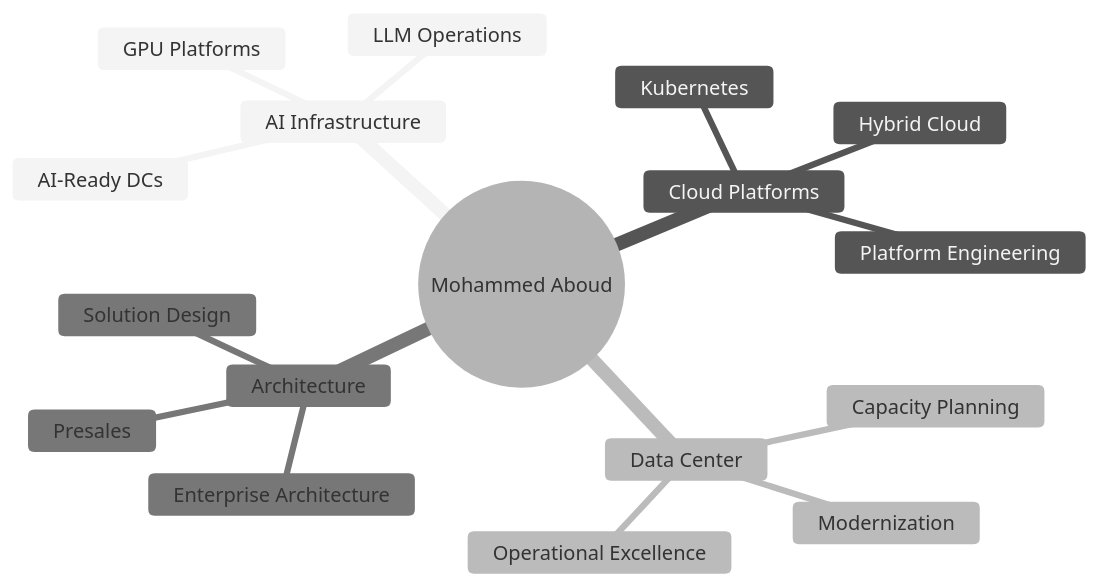
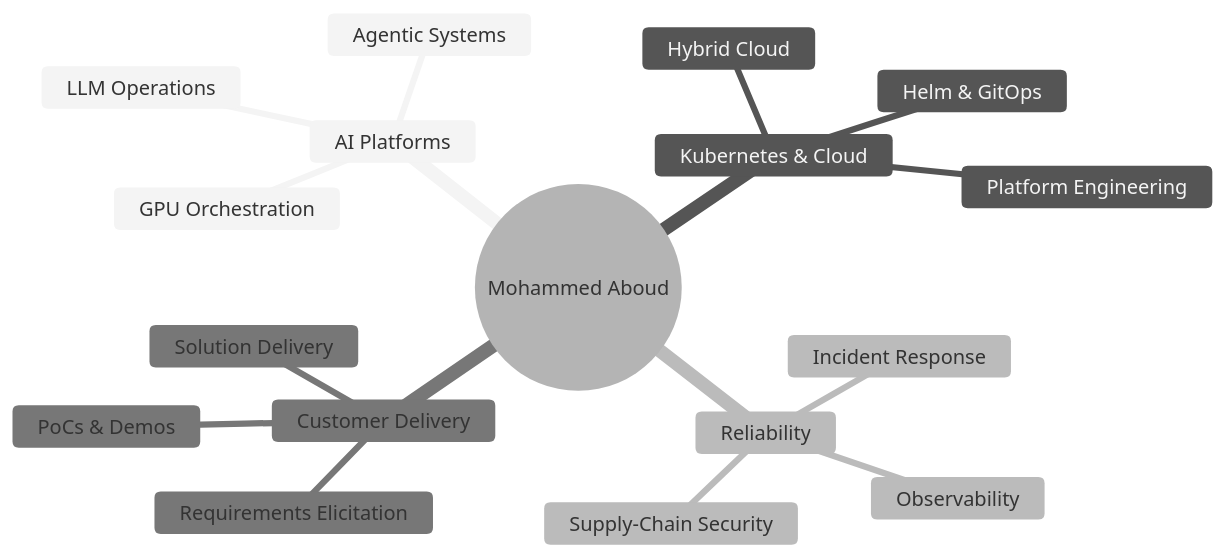
One commit to m-aboud/m-aboud changed the diagram in README.md. Above: the diagram before and after it, drawn with Mermaid (neutral theme). The commit also changed other lines of this file, not shown here.

````diff
--- a/README.md
+++ b/README.md
@@ -160,20 +141,20 @@
 ```mermaid
 mindmap
   root((Mohammed Aboud))
-    AI Infrastructure
-      GPU Platforms
+    AI Platforms
       LLM Operations
-      AI-Ready DCs
-    Cloud Platforms
+      Agentic Systems
+      GPU Orchestration
+    Kubernetes & Cloud
+      Helm & GitOps
       Hybrid Cloud
-      Kubernetes
       Platform Engineering
-    Data Center
-      Modernization
-      Capacity Planning
-      Operational Excellence
-    Architecture
-      Solution Design
-      Presales
-      Enterprise Architecture
+    Reliability
+      Observability
+      Supply-Chain Security
+      Incident Response
+    Customer Delivery
+      Requirements Elicitation
+      PoCs & Demos
+      Solution Delivery
 ```
````
